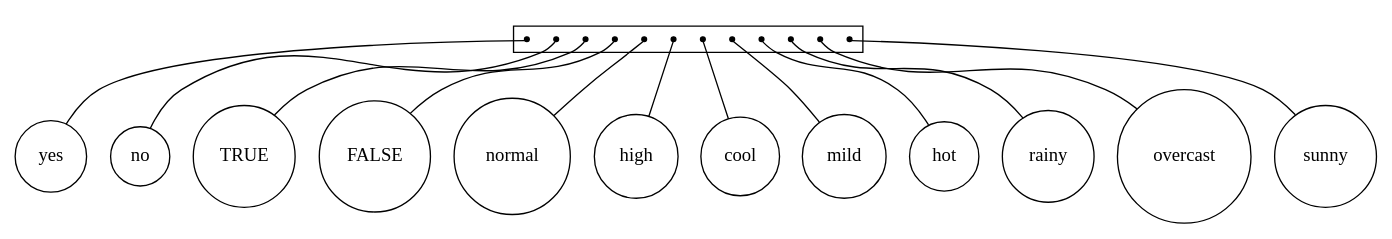
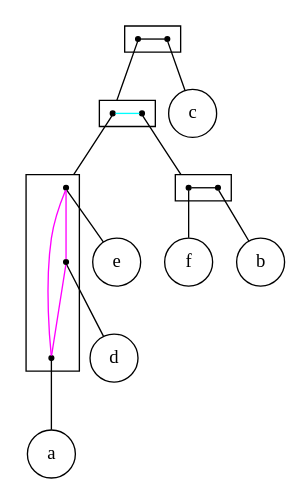
Before and after one commit to lrodrin/TFG: the diagram in src/final/linear_2-structure.dot, drawn with Graphviz. The commit also changed 13 other files, not shown here.

```diff
--- a/src/final/linear_2-structure.dot
+++ b/src/final/linear_2-structure.dot
@@ -1,47 +1,47 @@
 strict digraph "linear_2-structure" {
 compound=true;
 fontname=Verdana;
 fontsize=12;
 newrank=true;
 node [shape=circle];
-yes;
-no;
-TRUE;
-FALSE;
-normal;
-high;
-cool;
-mild;
-hot;
-rainy;
-overcast;
-sunny;
-subgraph cluster_FALSEovercastTRUEnorainyhotcoolsunnyyesmildnormalhigh {
+c;
+e;
+d;
+a;
+f;
+b;
+subgraph cluster_edfcba {
+rank=same;
 node [shape=point];
-s_yes;
-s_no;
-s_TRUE;
-s_FALSE;
-s_normal;
-s_high;
-s_cool;
-s_mild;
-s_hot;
-s_rainy;
-s_overcast;
-s_sunny;
+s_edfba -> s_c  [arrowhead=none, color=black];
 }
 
-s_yes -> yes  [arrowhead=none];
-s_no -> no  [arrowhead=none];
-s_TRUE -> TRUE  [arrowhead=none];
-s_FALSE -> FALSE  [arrowhead=none];
-s_normal -> normal  [arrowhead=none];
-s_high -> high  [arrowhead=none];
-s_cool -> cool  [arrowhead=none];
-s_mild -> mild  [arrowhead=none];
-s_hot -> hot  [arrowhead=none];
-s_rainy -> rainy  [arrowhead=none];
-s_overcast -> overcast  [arrowhead=none];
-s_sunny -> sunny  [arrowhead=none];
+subgraph cluster_edfba {
+rank=same;
+node [shape=point];
+s_dea -> s_fb  [arrowhead=none, color=cyan];
 }
+
+subgraph cluster_dea {
+node [shape=point];
+s_e -> s_d  [arrowhead=none, color=magenta];
+s_e -> s_a  [arrowhead=none, color=magenta];
+s_d -> s_a  [arrowhead=none, color=magenta];
+}
+
+subgraph cluster_fb {
+rank=same;
+node [shape=point];
+s_f -> s_b  [arrowhead=none, color=black];
+}
+
+s_edfba -> s_dea  [arrowhead=none, lhead=cluster_edfba];
+s_c -> c  [arrowhead=none];
+s_dea -> s_e  [arrowhead=none, lhead=cluster_dea];
+s_fb -> s_f  [arrowhead=none, lhead=cluster_fb];
+s_e -> e  [arrowhead=none];
+s_d -> d  [arrowhead=none];
+s_a -> a  [arrowhead=none];
+s_f -> f  [arrowhead=none];
+s_b -> b  [arrowhead=none];
+}
```
